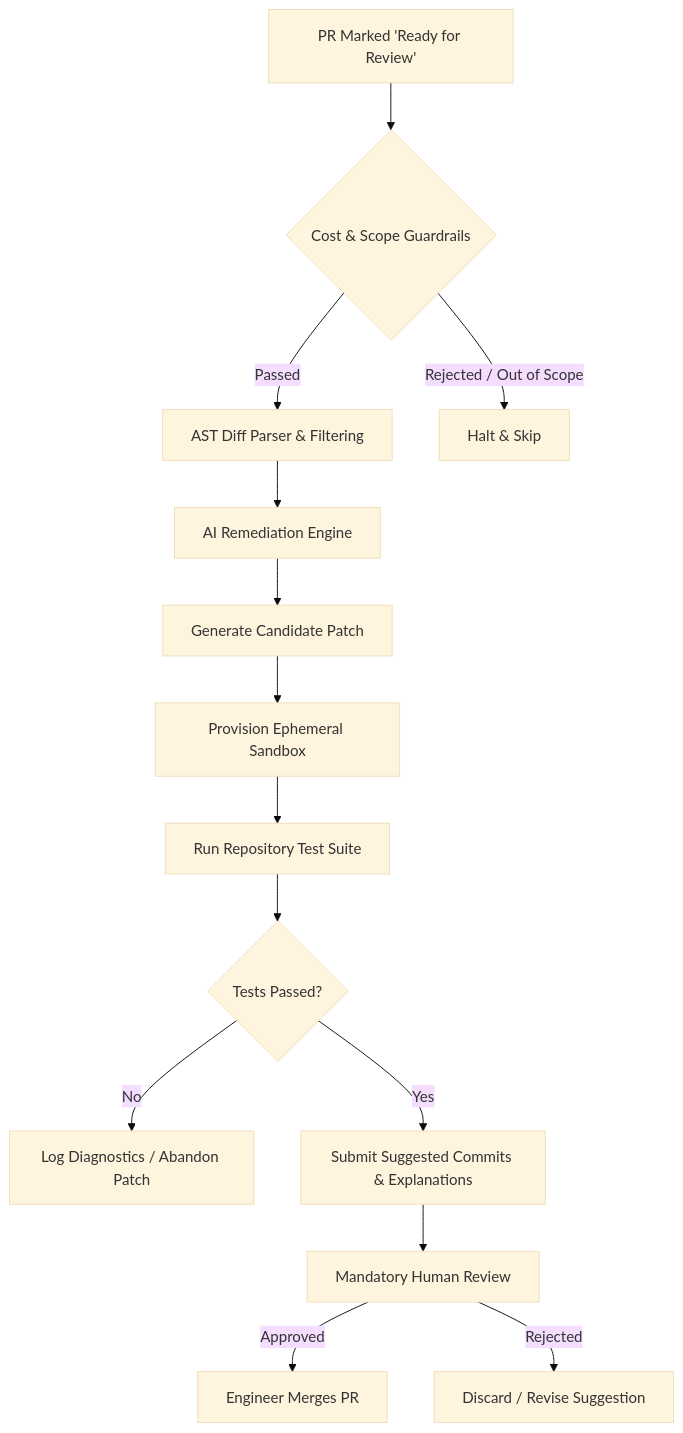
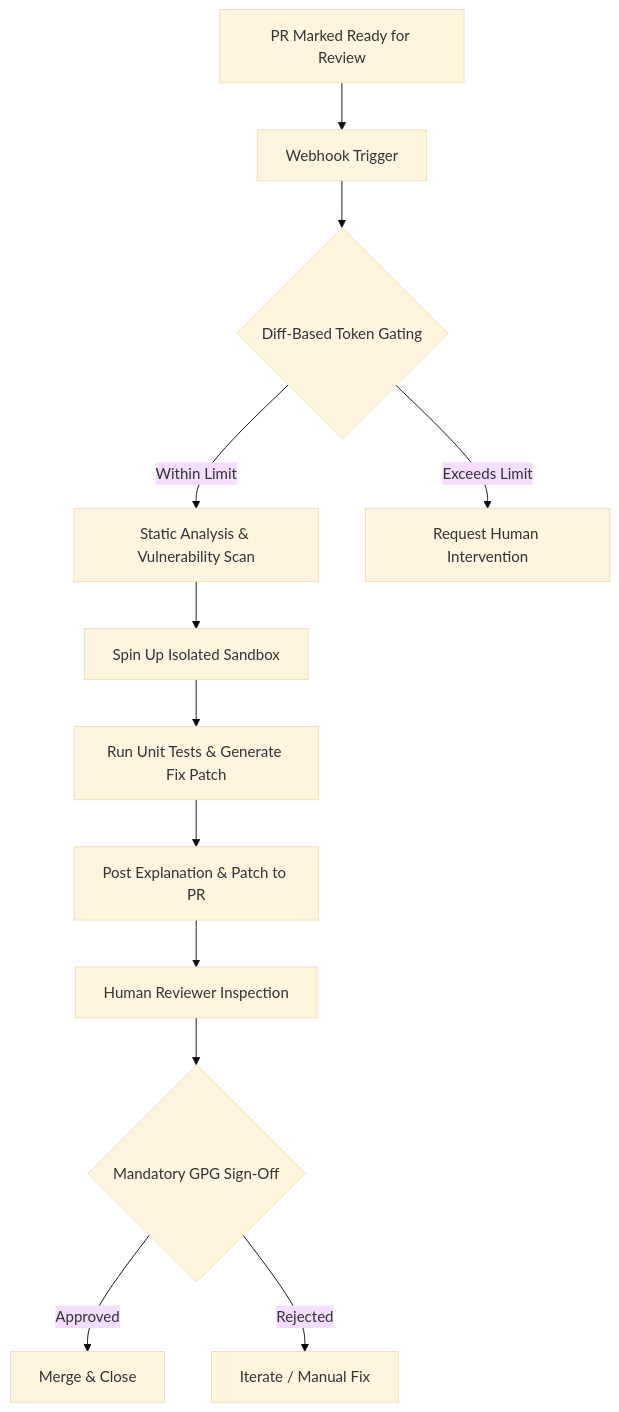
The diagram in data/ideas/idea_pr_bot_01/workflow.mmd (alexcaldarone/brainy-storm), drawn with Mermaid (base theme) before and after one commit. The commit also changed 26 other files, not shown here.

```diff
--- a/data/ideas/idea_pr_bot_01/workflow.mmd
+++ b/data/ideas/idea_pr_bot_01/workflow.mmd
@@ -1,14 +1,12 @@
-flowchart TD
-    A[PR Marked 'Ready for Review'] --> B{Cost & Scope Guardrails}
-    B -->|Passed| C[AST Diff Parser & Filtering]
-    B -->|Rejected / Out of Scope| Z[Halt & Skip]
-    C --> D[AI Remediation Engine]
-    D --> E[Generate Candidate Patch]
-    E --> F[Provision Ephemeral Sandbox]
-    F --> G[Run Repository Test Suite]
-    G --> H{Tests Passed?}
-    H -->|No| I[Log Diagnostics / Abandon Patch]
-    H -->|Yes| J[Submit Suggested Commits & Explanations]
-    J --> K[Mandatory Human Review]
-    K -->|Approved| L[Engineer Merges PR]
-    K -->|Rejected| M[Discard / Revise Suggestion]
+graph TD
+    A[PR Marked Ready for Review] --> B[Webhook Trigger]
+    B --> C{Diff-Based Token Gating}
+    C -->|Within Limit| D[Static Analysis & Vulnerability Scan]
+    C -->|Exceeds Limit| E[Request Human Intervention]
+    D --> F[Spin Up Isolated Sandbox]
+    F --> G[Run Unit Tests & Generate Fix Patch]
+    G --> H[Post Explanation & Patch to PR]
+    H --> I[Human Reviewer Inspection]
+    I --> J{Mandatory GPG Sign-Off}
+    J -->|Approved| K[Merge & Close]
+    J -->|Rejected| L[Iterate / Manual Fix]
```
